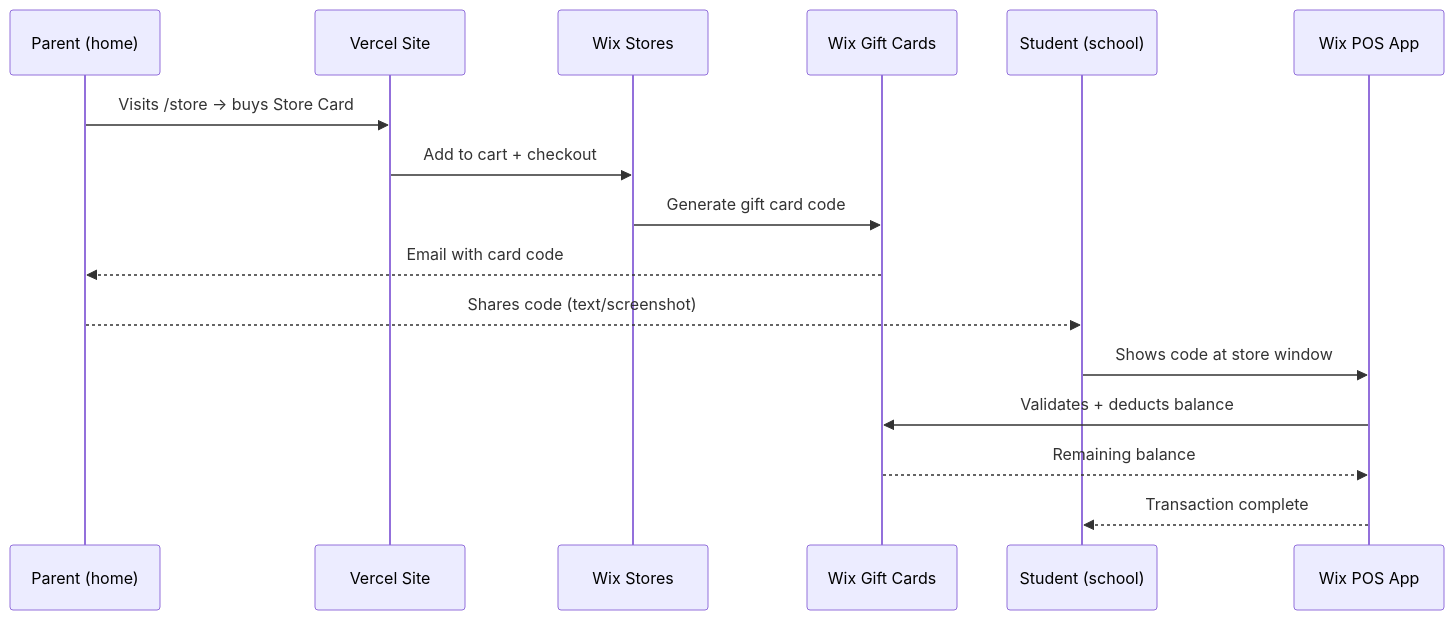
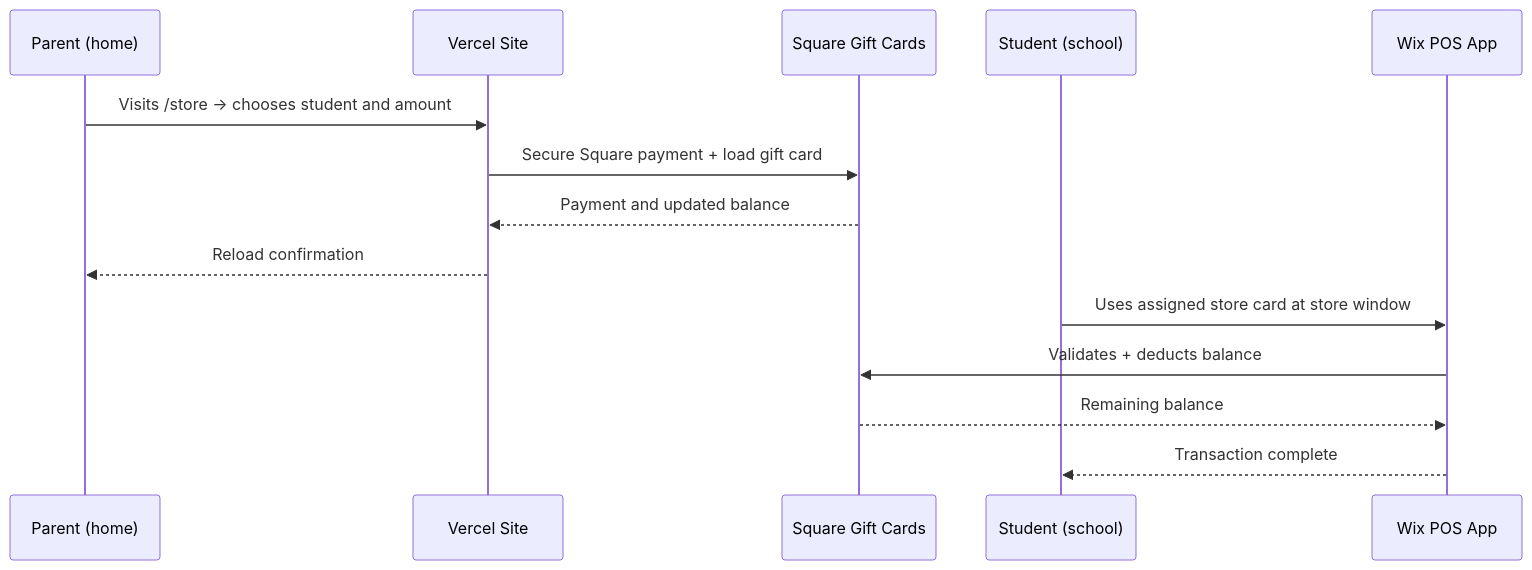
One commit to auraflux-dev/pavilion changed the third of 4 diagrams in docs/ARCHITECTURE.md. Above: the diagram before and after it, drawn with Mermaid. The commit also changed other lines of this file and 18 other files, not shown here.

````diff
--- a/docs/ARCHITECTURE.md
+++ b/docs/ARCHITECTURE.md
@@ -152,19 +151,17 @@
 ```mermaid
 sequenceDiagram
     participant PR as Parent (home)
     participant V as Vercel Site
-    participant WS as Wix Stores
-    participant GC as Wix Gift Cards
+    participant SQ as Square Gift Cards
     participant ST as Student (school)
     participant POS as Wix POS App
 
-    PR->>V: Visits /store → buys Store Card
-    V->>WS: Add to cart + checkout
-    WS->>GC: Generate gift card code
-    GC-->>PR: Email with card code
-    PR-->>ST: Shares code (text/screenshot)
-    ST->>POS: Shows code at store window
-    POS->>GC: Validates + deducts balance
-    GC-->>POS: Remaining balance
+    PR->>V: Visits /store → chooses student and amount
+    V->>SQ: Secure Square payment + load gift card
+    SQ-->>V: Payment and updated balance
+    V-->>PR: Reload confirmation
+    ST->>POS: Uses assigned store card at store window
+    POS->>SQ: Validates + deducts balance
+    SQ-->>POS: Remaining balance
     POS-->>ST: Transaction complete
 ```
````
